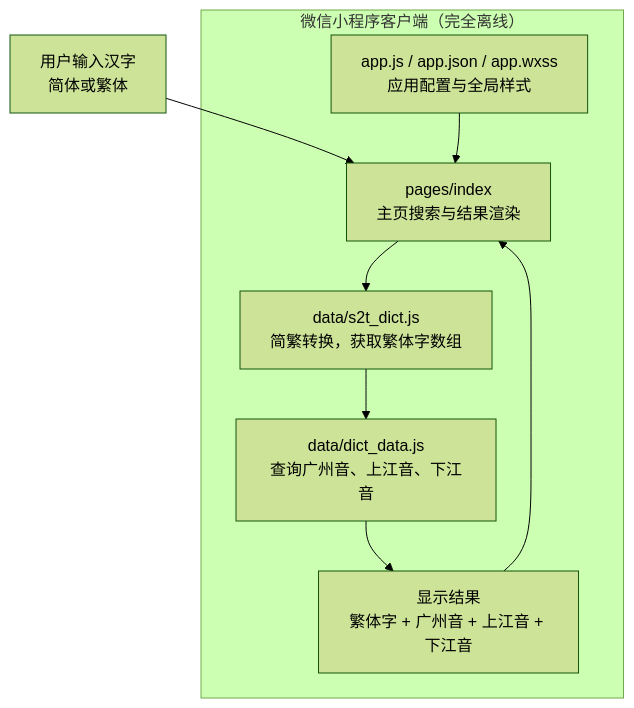
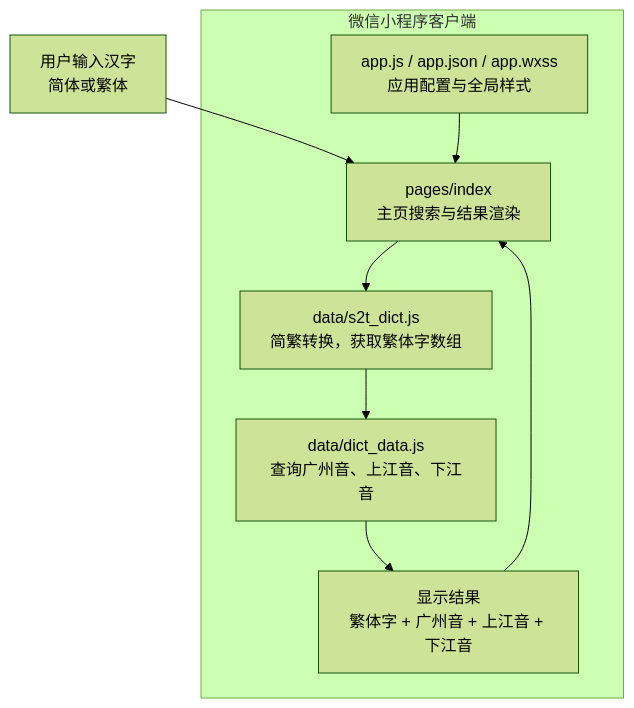
One commit to nebula167/huazhou-dictionary-miniprogram changed the diagram in README.md. Above: the diagram before and after it, drawn with Mermaid (forest theme).

Commit message:
Fix subgraph label in README.md

````diff
--- a/README.md
+++ b/README.md
@@ -50,19 +50,19 @@
 ```mermaid
 flowchart TD
   user["用户输入汉字<br/>简体或繁体"]
 
-  subgraph mini["微信小程序客户端（完全离线）"]
+  subgraph mini["微信小程序客户端"]
     app["app.js / app.json / app.wxss<br/>应用配置与全局样式"]
     page["pages/index<br/>主页搜索与结果渲染"]
     s2t["data/s2t_dict.js<br/>简繁转换，获取繁体字数组"]
     dict["data/dict_data.js<br/>查询广州音、上江音、下江音"]
     output["显示结果<br/>繁体字 + 广州音 + 上江音 + 下江音"]
   end
 
   user --> page
   app --> page
   page --> s2t
   s2t --> dict
   dict --> output
   output --> page
 ```
````
